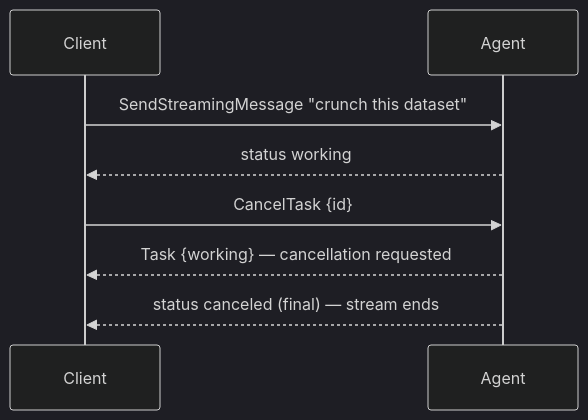
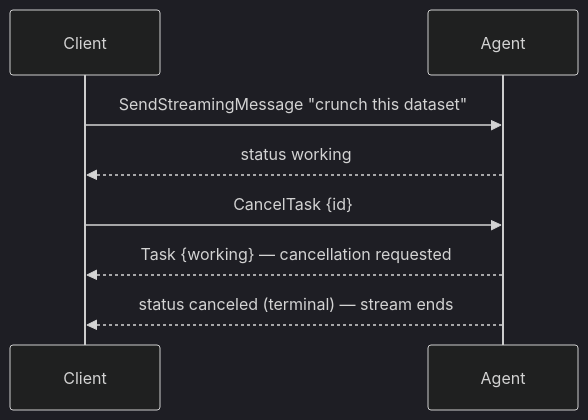
The sixth of 7 diagrams in docs/mkdocs/en/protocol.md (trpc-group/trpc-a2a-go), drawn with Mermaid (dark theme) before and after one commit. The commit also changed other lines of this file and 1 other file, not shown here.

````diff
--- a/docs/mkdocs/en/protocol.md
+++ b/docs/mkdocs/en/protocol.md
@@ -195,10 +200,10 @@
 ```mermaid
 sequenceDiagram
     participant C as Client
     participant A as Agent
     C->>A: SendStreamingMessage "crunch this dataset"
     A-->>C: status working
     C->>A: CancelTask {id}
     A-->>C: Task {working} — cancellation requested
-    A-->>C: status canceled (final) — stream ends
+    A-->>C: status canceled (terminal) — stream ends
 ```
````
